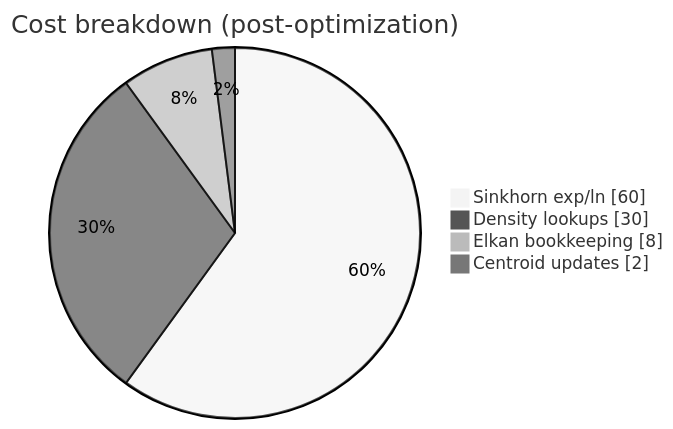
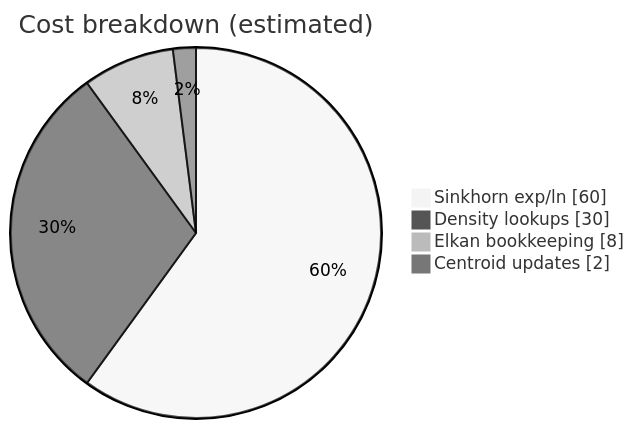
The third of 3 diagrams in crates/lloyd/README.md (krukah/robopoker), drawn with Mermaid (neutral theme) before and after one commit. The commit also changed other lines of this file and 26 other files, not shown here.

````diff
--- a/crates/lloyd/README.md
+++ b/crates/lloyd/README.md
@@ -314,7 +213,7 @@
 ```mermaid
-pie showData title Cost breakdown (post-optimization)
+pie showData title Cost breakdown (estimated)
   "Sinkhorn exp/ln" : 60
   "Density lookups" : 30
   "Elkan bookkeeping" : 8
   "Centroid updates" : 2
 ```
````
